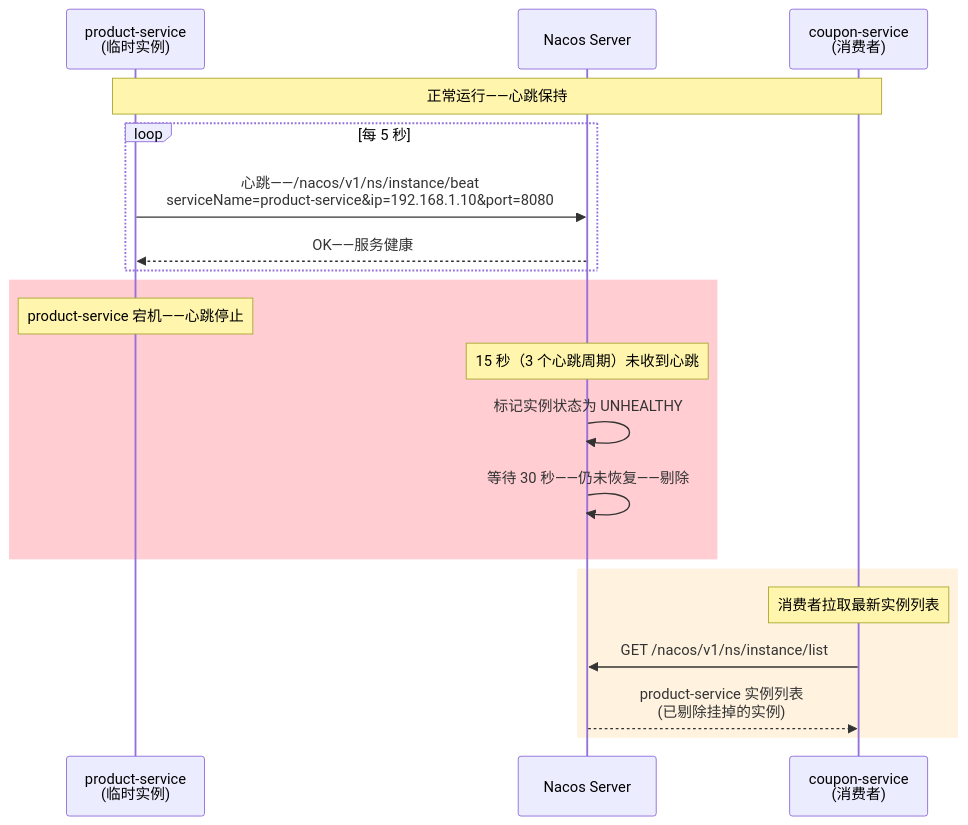
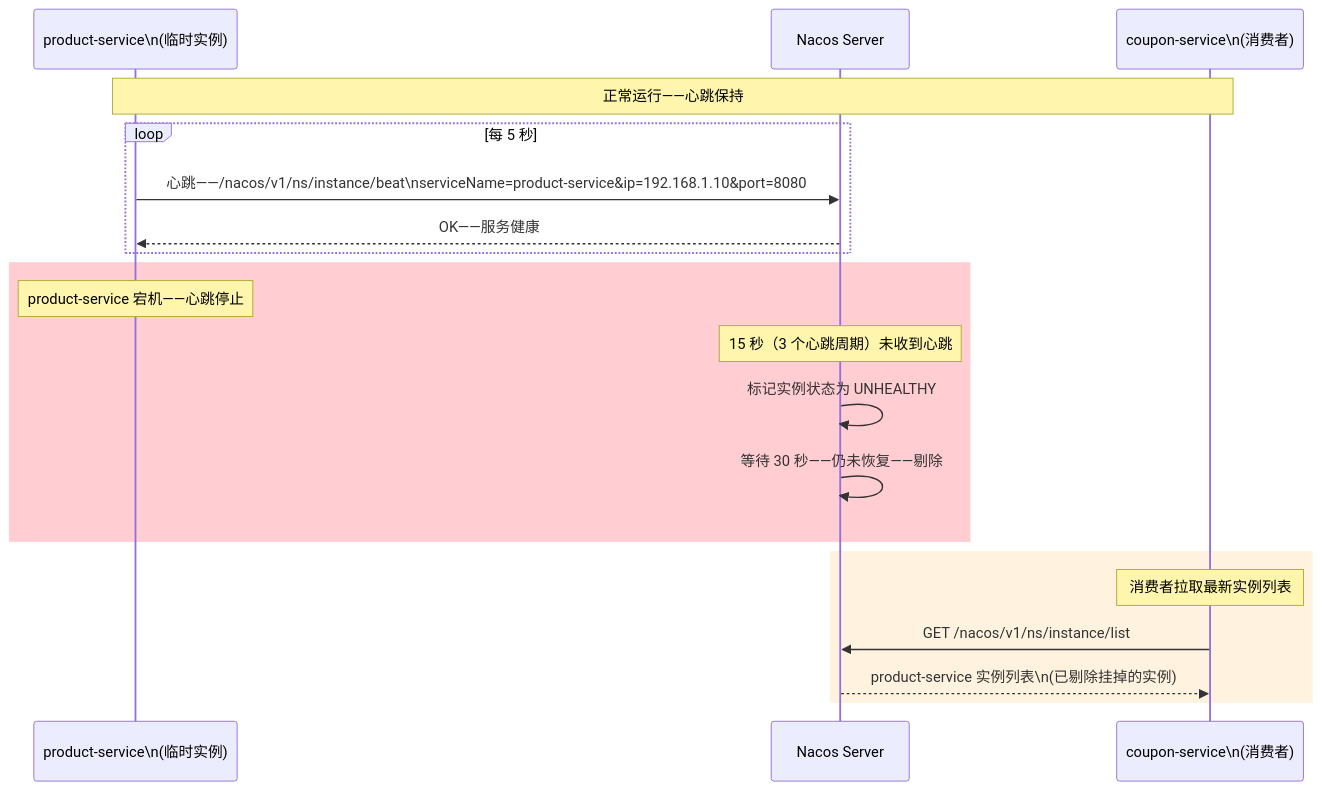
The fifth of 6 diagrams in content/posts/distributed-algorithms/RaftElectionAndHeartbeat.md (yaocat55/yaocat55.github.io), drawn with Mermaid before and after one commit. The commit also changed other lines of this file and 155 other files, not shown here.

````diff
--- a/content/posts/distributed-algorithms/RaftElectionAndHeartbeat.md
+++ b/content/posts/distributed-algorithms/RaftElectionAndHeartbeat.md
@@ -242,26 +242,26 @@
 ```mermaid
 sequenceDiagram
-    participant PS as product-service<br/>(临时实例)
+    participant PS as product-service\n(临时实例)
     participant NS as Nacos Server
-    participant CS as coupon-service<br/>(消费者)
+    participant CS as coupon-service\n(消费者)
 
     Note over PS,CS: 正常运行——心跳保持
 
     loop 每 5 秒
-        PS->>NS: 心跳——/nacos/v1/ns/instance/beat<br/>serviceName=product-service&ip=192.168.1.10&port=8080
+        PS->>NS: 心跳——/nacos/v1/ns/instance/beat\nserviceName=product-service&ip=192.168.1.10&port=8080
         NS-->>PS: OK——服务健康
     end
 
     rect rgb(255, 205, 210)
         Note over PS: product-service 宕机——心跳停止
         Note over NS: 15 秒（3 个心跳周期）未收到心跳
         NS->>NS: 标记实例状态为 UNHEALTHY
         NS->>NS: 等待 30 秒——仍未恢复——剔除
     end
 
     rect rgb(255, 243, 224)
         Note over CS: 消费者拉取最新实例列表
         CS->>NS: GET /nacos/v1/ns/instance/list
-        NS-->>CS: product-service 实例列表<br/>(已剔除挂掉的实例)
+        NS-->>CS: product-service 实例列表\n(已剔除挂掉的实例)
     end
 ```
````
